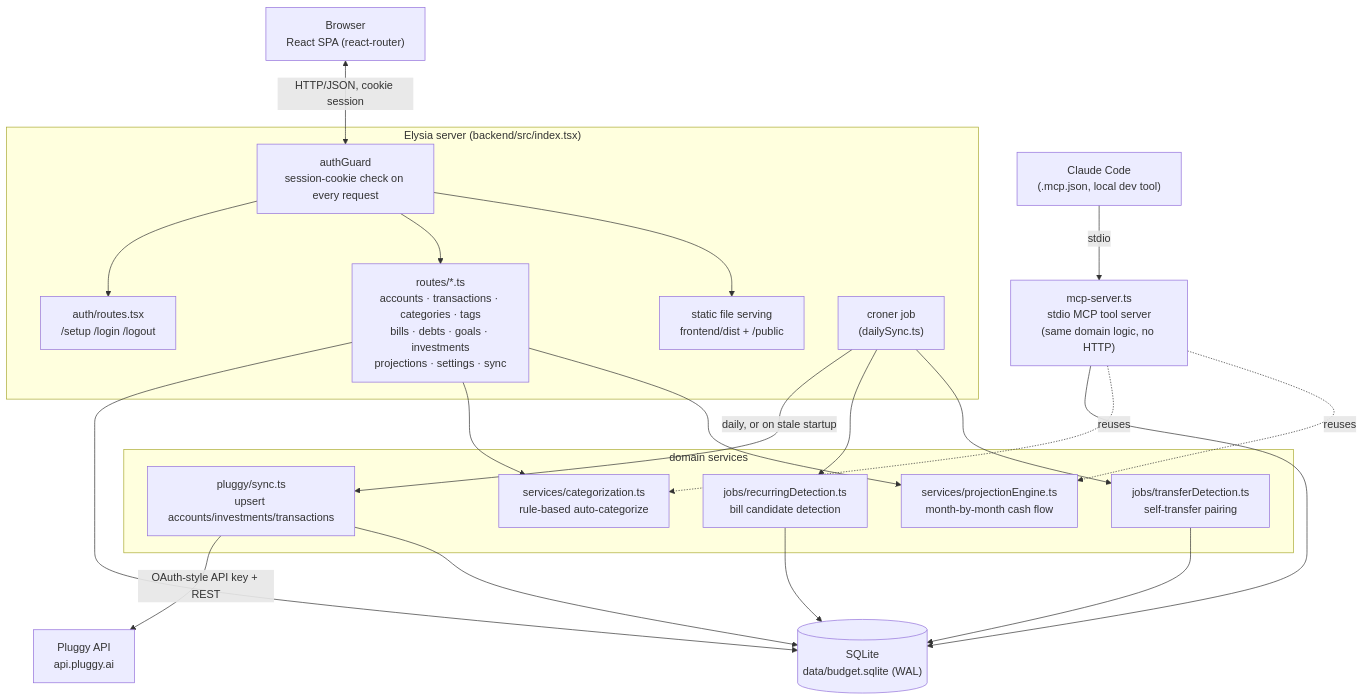
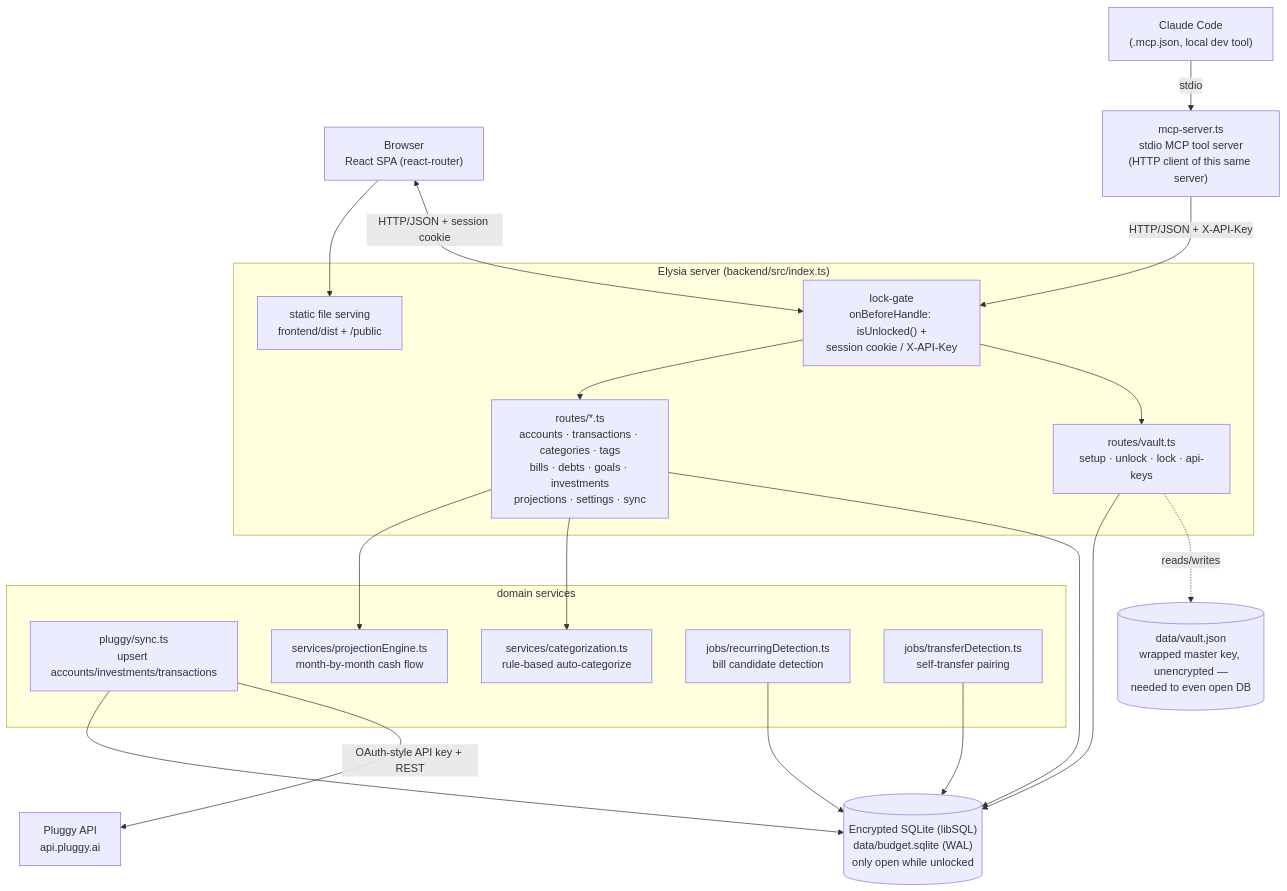
Before and after one commit to Botelho31/copiloto-financeiro: the second of 7 diagrams in ARCHITECTURE.md, drawn with Mermaid. The commit also changed other lines of this file and 118 other files, not shown here.

````diff
--- a/ARCHITECTURE.md
+++ b/ARCHITECTURE.md
@@ -36,42 +38,42 @@
 ```mermaid
 flowchart TB
     Browser["Browser<br>React SPA (react-router)"]
+    ClaudeCode["Claude Code<br>(.mcp.json, local dev tool)"]
 
-    subgraph Server["Elysia server (backend/src/index.tsx)"]
-        Guard["authGuard<br>session-cookie check on every request"]
-        AuthRoutes["auth/routes.tsx<br>/setup /login /logout"]
+    subgraph Server["Elysia server (backend/src/index.ts)"]
+        LockGate["lock-gate<br>onBeforeHandle: isUnlocked() +<br>session cookie / X-API-Key"]
+        VaultRoutes["routes/vault.ts<br>setup · unlock · lock · api-keys"]
         ApiRoutes["routes/*.ts<br>accounts · transactions · categories · tags<br>bills · debts · goals · investments<br>projections · settings · sync"]
         Static["static file serving<br>frontend/dist + /public"]
-        Cron["croner job<br>(dailySync.ts)"]
     end
 
     subgraph Services["domain services"]
         Sync["pluggy/sync.ts<br>upsert accounts/investments/transactions"]
         Categorization["services/categorization.ts<br>rule-based auto-categorize"]
         Projection["services/projectionEngine.ts<br>month-by-month cash flow"]
         RecurDetect["jobs/recurringDetection.ts<br>bill candidate detection"]
         TransferDetect["jobs/transferDetection.ts<br>self-transfer pairing"]
     end
 
-    DB[("SQLite<br>data/budget.sqlite (WAL)")]
+    DB[("Encrypted SQLite (libSQL)<br>data/budget.sqlite (WAL)<br>only open while unlocked")]
+    VaultFile[("data/vault.json<br>wrapped master key, unencrypted —<br>needed to even open DB")]
     Pluggy["Pluggy API<br>api.pluggy.ai"]
-    MCP["mcp-server.ts<br>stdio MCP tool server<br>(same domain logic, no HTTP)"]
+    MCP["mcp-server.ts<br>stdio MCP tool server<br>(HTTP client of this same server)"]
 
-    Browser <-->|"HTTP/JSON, cookie session"| Guard
-    Guard --> AuthRoutes
-    Guard --> ApiRoutes
-    Guard --> Static
+    Browser <-->|"HTTP/JSON + session cookie"| LockGate
+    Browser --> Static
+    LockGate --> VaultRoutes
+    LockGate --> ApiRoutes
+    VaultRoutes -.->|"reads/writes"| VaultFile
+    VaultRoutes --> DB
     ApiRoutes --> DB
     ApiRoutes --> Categorization
     ApiRoutes --> Projection
-    Cron -->|"daily, or on stale startup"| Sync
     Sync -->|"OAuth-style API key + REST"| Pluggy
     Sync --> DB
-    Cron --> RecurDetect --> DB
-    Cron --> TransferDetect --> DB
-    MCP --> DB
-    MCP -.->|"reuses"| Categorization
-    MCP -.->|"reuses"| Projection
+    RecurDetect --> DB
+    TransferDetect --> DB
 
-    ClaudeCode["Claude Code<br>(.mcp.json, local dev tool)"] -->|"stdio"| MCP
+    MCP -->|"HTTP/JSON + X-API-Key"| LockGate
+    ClaudeCode -->|"stdio"| MCP
 ```
````
